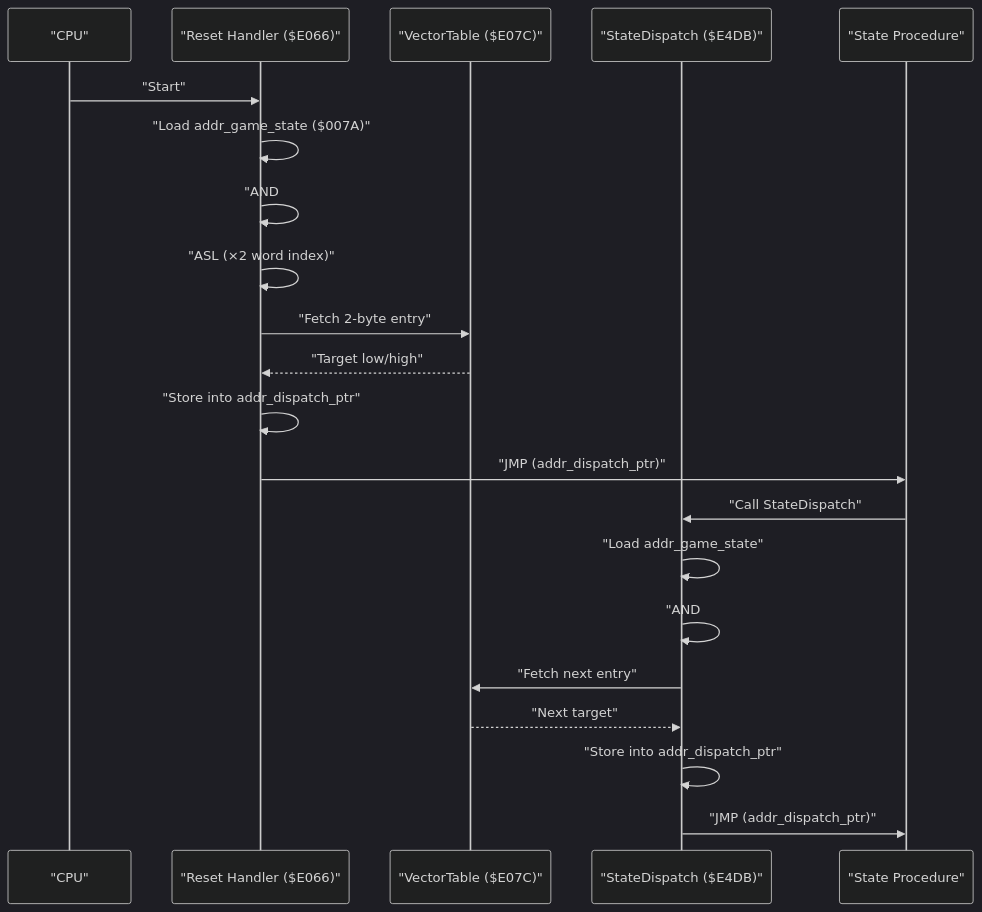
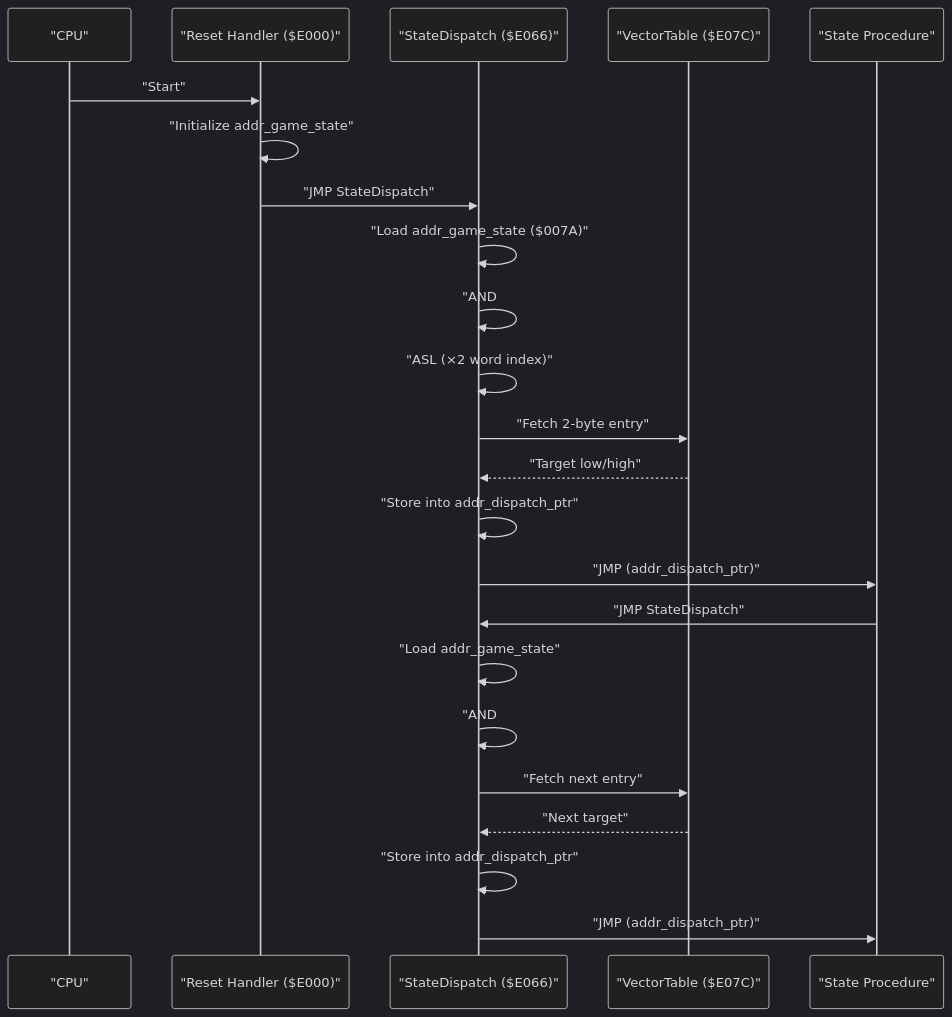
Before and after one commit to rabbyzero/sango2dasm: the second of 5 diagrams in .qoder/repowiki/en/content/Game State Management/State Machine Architecture/Vector Dispatch Mechanism.md, drawn with Mermaid (dark theme). The commit also changed other lines of this file and 9 other files, not shown here.

````diff
--- a/.qoder/repowiki/en/content/Game State Management/State Machine Architecture/Vector Dispatch Mechanism.md
+++ b/.qoder/repowiki/en/content/Game State Management/State Machine Architecture/Vector Dispatch Mechanism.md
@@ -78,23 +87,25 @@
 ```mermaid
 sequenceDiagram
 participant CPU as "CPU"
-participant Reset as "Reset Handler ($E066)"
+participant Reset as "Reset Handler ($E000)"
+participant SD as "StateDispatch ($E066)"
 participant VT as "VectorTable ($E07C)"
-participant SD as "StateDispatch ($E4DB)"
 participant Proc as "State Procedure"
 CPU->>Reset : "Start"
-Reset->>Reset : "Load addr_game_state ($007A)"
-Reset->>Reset : "AND #$1F"
-Reset->>Reset : "ASL (×2 word index)"
-Reset->>VT : "Fetch 2-byte entry"
-VT-->>Reset : "Target low/high"
-Reset->>Reset : "Store into addr_dispatch_ptr"
-Reset->>Proc : "JMP (addr_dispatch_ptr)"
-Proc->>SD : "Call StateDispatch"
+Reset->>Reset : "Initialize addr_game_state"
+Reset->>SD : "JMP StateDispatch"
+SD->>SD : "Load addr_game_state ($007A)"
+SD->>SD : "AND #$1F"
+SD->>SD : "ASL (×2 word index)"
+SD->>VT : "Fetch 2-byte entry"
+VT-->>SD : "Target low/high"
+SD->>SD : "Store into addr_dispatch_ptr"
+SD->>Proc : "JMP (addr_dispatch_ptr)"
+Proc->>SD : "JMP StateDispatch"
 SD->>SD : "Load addr_game_state"
 SD->>SD : "AND #$1F, ASL"
 SD->>VT : "Fetch next entry"
 VT-->>SD : "Next target"
 SD->>SD : "Store into addr_dispatch_ptr"
 SD->>Proc : "JMP (addr_dispatch_ptr)"
 ```
````
